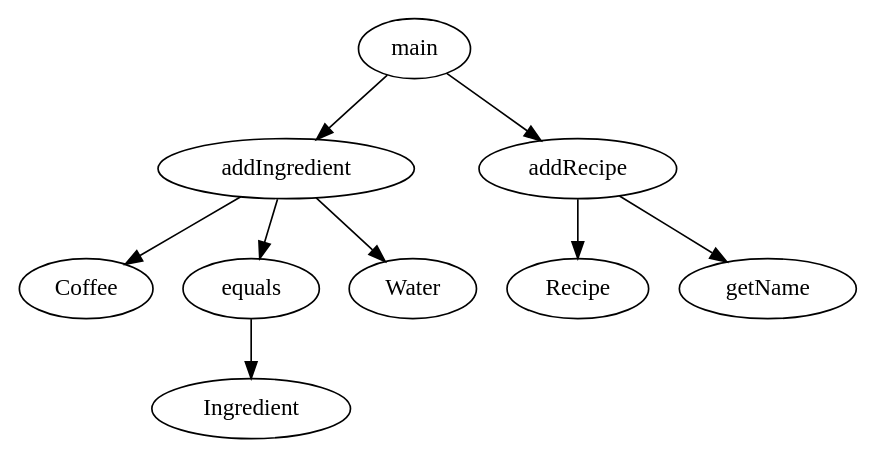
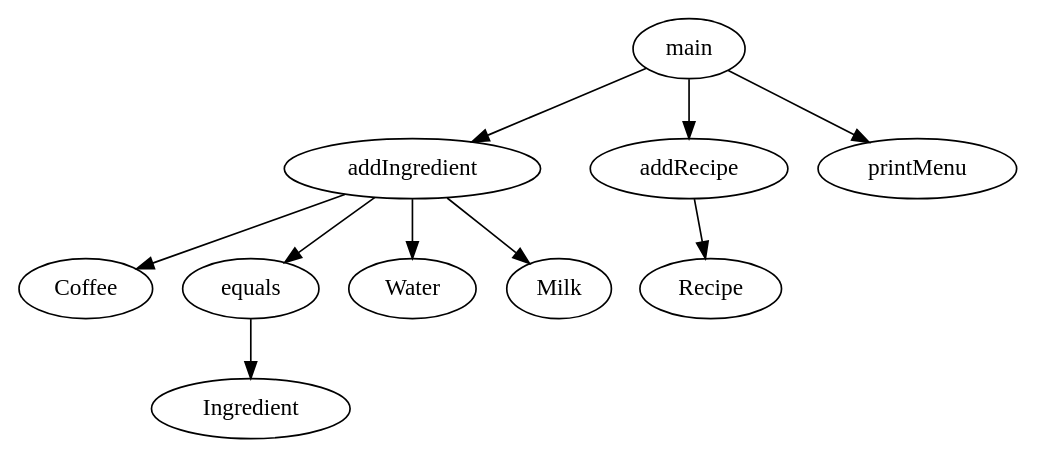
One commit to ruizhengu/CausalGrading changed the diagram in Cafe.dot. Above: the diagram before and after it, drawn with Graphviz. The commit also changed 4 other files, not shown here.

```diff
--- a/Cafe.dot
+++ b/Cafe.dot
@@ -1,19 +1,21 @@
 digraph Cafe {
 IDmain [label="main"];
 IDaddIngredient [label="addIngredient"];
 IDCoffee [label="Coffee"];
 IDequals [label="equals"];
 IDIngredient [label="Ingredient"];
 IDWater [label="Water"];
 IDaddRecipe [label="addRecipe"];
 IDRecipe [label="Recipe"];
-IDgetName [label="getName"];
+IDMilk [label="Milk"];
+IDprintMenu [label="printMenu"];
 IDmain -> IDaddIngredient;
 IDmain -> IDaddRecipe;
+IDmain -> IDprintMenu;
 IDaddIngredient -> IDCoffee;
 IDaddIngredient -> IDequals;
 IDaddIngredient -> IDWater;
+IDaddIngredient -> IDMilk;
 IDequals -> IDIngredient;
 IDaddRecipe -> IDRecipe;
-IDaddRecipe -> IDgetName;
 }
```
